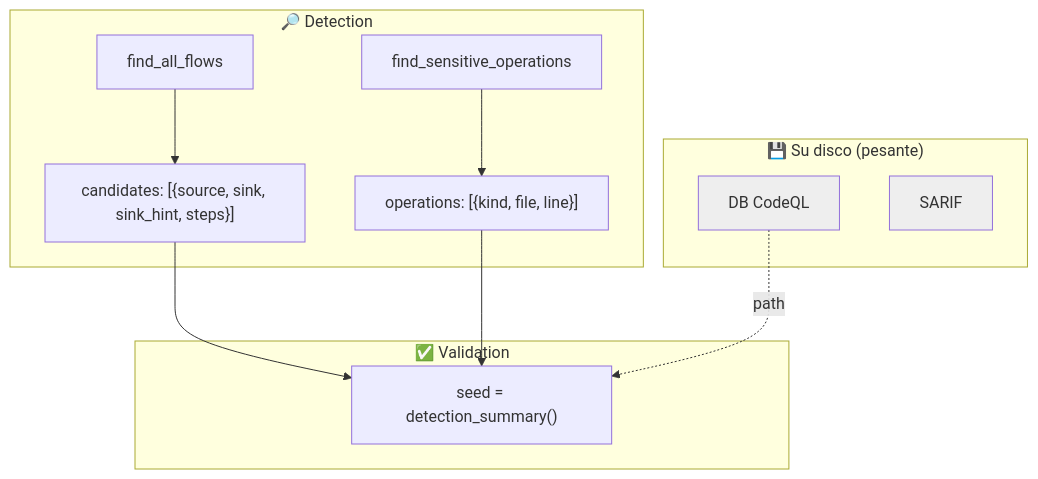
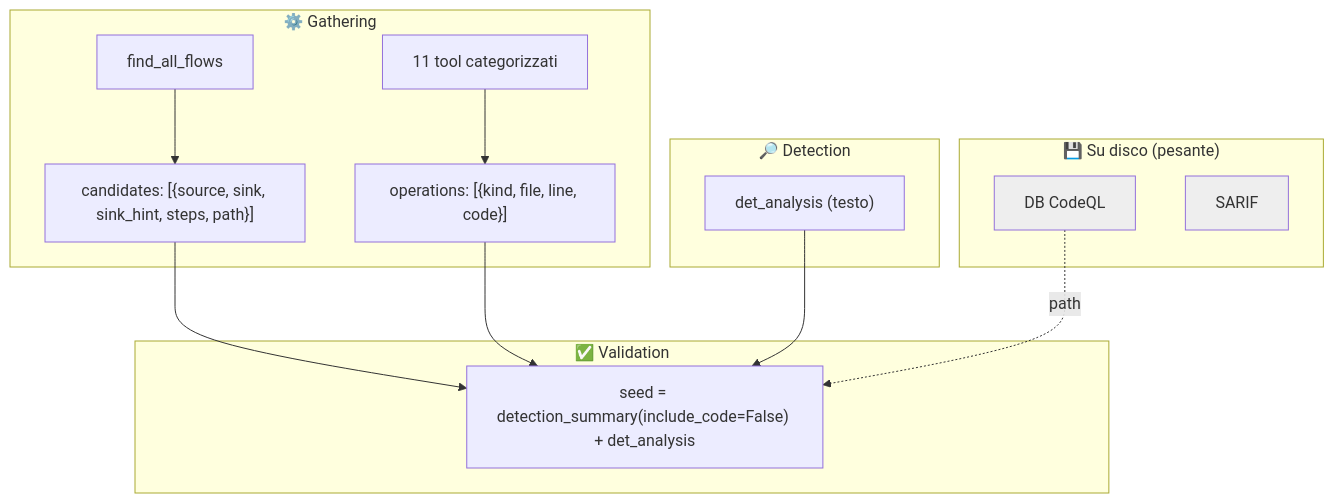
Before and after one commit to iris-cmd22/Sibyl: the ninth of 11 diagrams in documentazione/agent.md, drawn with Mermaid. The commit also changed other lines of this file and 49 other files, not shown here.

````diff
--- a/documentazione/agent.md
+++ b/documentazione/agent.md
@@ -575,18 +575,22 @@
 ```mermaid
 flowchart TB
+    subgraph GAT["⚙️ Gathering"]
+        F["find_all_flows"] --> C["candidates: [{source, sink, sink_hint, steps, path}]"]
+        O["11 tool categorizzati"] --> OP["operations: [{kind, file, line, code}]"]
+    end
     subgraph DET["🔎 Detection"]
-        F["find_all_flows"] --> C["candidates: [{source, sink, sink_hint, steps}]"]
-        O["find_sensitive_operations"] --> OP["operations: [{kind, file, line}]"]
+        AN["det_analysis (testo)"]
     end
     subgraph DISK["💾 Su disco (pesante)"]
         DB["DB CodeQL"]:::d
         SAR["SARIF"]:::d
     end
     subgraph VAL["✅ Validation"]
-        SUM["seed = detection_summary()"]
+        SUM["seed = detection_summary(include_code=False) + det_analysis"]
     end
     C --> SUM
     OP --> SUM
+    AN --> SUM
     DB -. path .-> SUM
     classDef d fill:#eee,color:#333;
 ```
````
